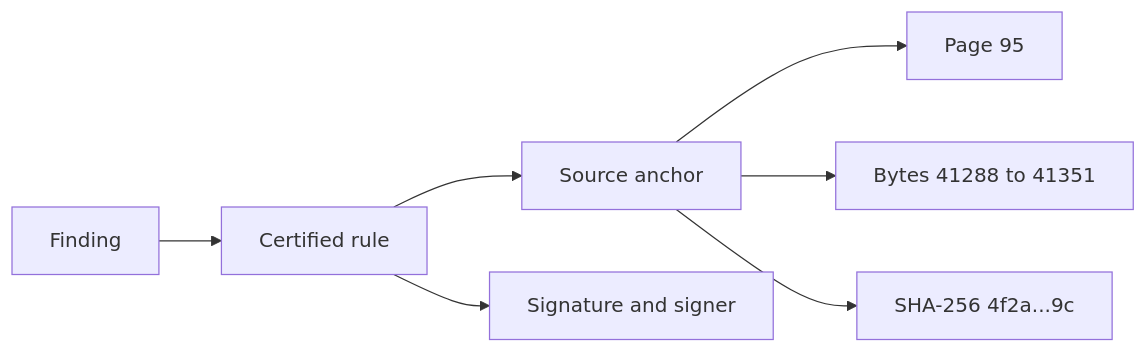
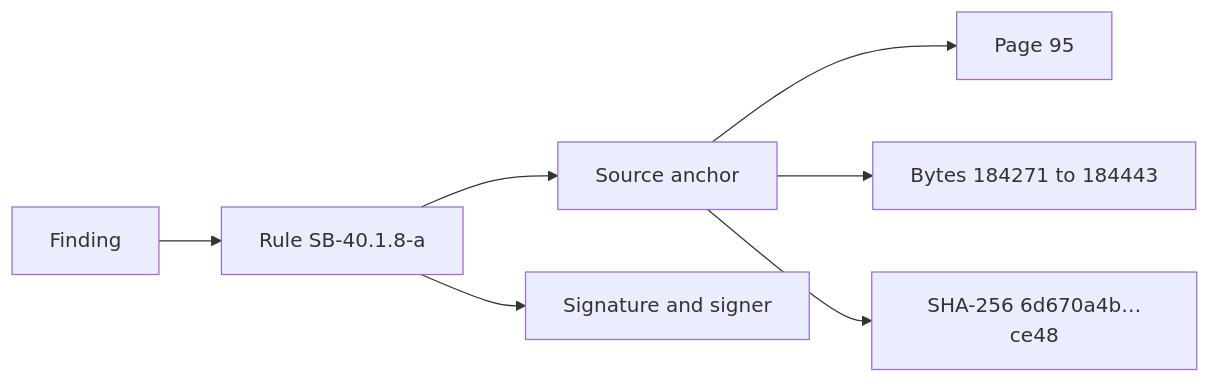
One commit to yerramsettysuchita/sanhita changed diagram 12 of 12 in README.md. Above: the diagram before and after it, drawn with Mermaid. The commit also changed other lines of this file and 42 other files, not shown here.

````diff
--- a/README.md
+++ b/README.md
@@ -801,9 +1016,9 @@
 ```mermaid
 flowchart LR
-    F[Finding] --> R[Certified rule]
+    F[Finding] --> R["Rule SB-40.1.8-a"]
     R --> S[Source anchor]
     S --> P[Page 95]
-    S --> B[Bytes 41288 to 41351]
-    S --> H[SHA-256 4f2a...9c]
+    S --> B["Bytes 184271 to 184443"]
+    S --> H["SHA-256 6d670a4b…ce48"]
     R --> C[Signature and signer]
 ```
````
